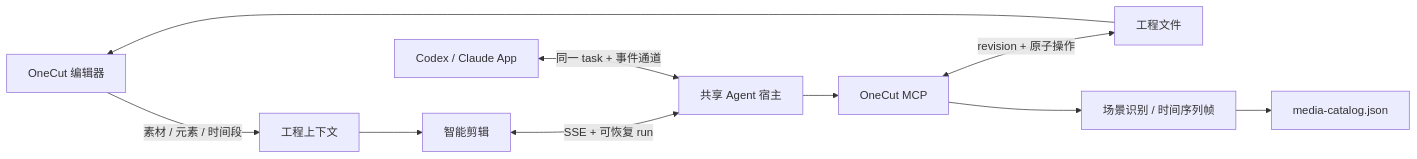
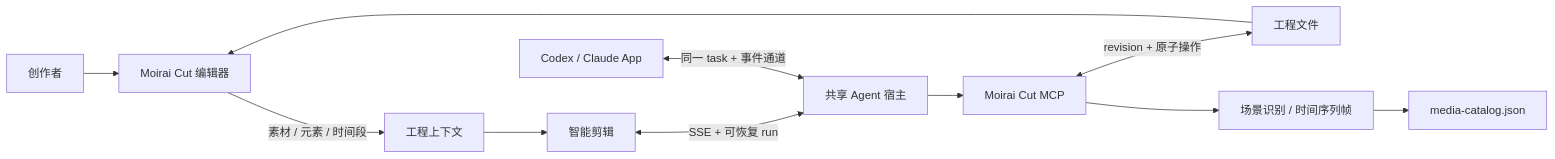
Before and after one commit to zvv1999/moirai-cut: the diagram in README.md, drawn with Mermaid. The commit also changed other lines of this file and 177 other files, not shown here.

Commit message:
feat: launch Moirai Cut developer preview

````diff
--- a/README.md
+++ b/README.md
@@ -39,12 +61,13 @@
 ```mermaid
 flowchart LR
-  Editor["OneCut 编辑器"] -->|"素材 / 元素 / 时间段"| Context["工程上下文"]
+  Human["创作者"] --> Editor["Moirai Cut 编辑器"]
+  Editor -->|"素材 / 元素 / 时间段"| Context["工程上下文"]
   Context --> Chat["智能剪辑"]
   Chat <-->|"SSE + 可恢复 run"| Host["共享 Agent 宿主"]
   App["Codex / Claude App"] <-->|"同一 task + 事件通道"| Host
-  Host --> MCP["OneCut MCP"]
+  Host --> MCP["Moirai Cut MCP"]
   MCP <-->|"revision + 原子操作"| Project["工程文件"]
   MCP --> Vision["场景识别 / 时间序列帧"]
   Vision --> Catalog["media-catalog.json"]
   Project --> Editor
 ```
````
